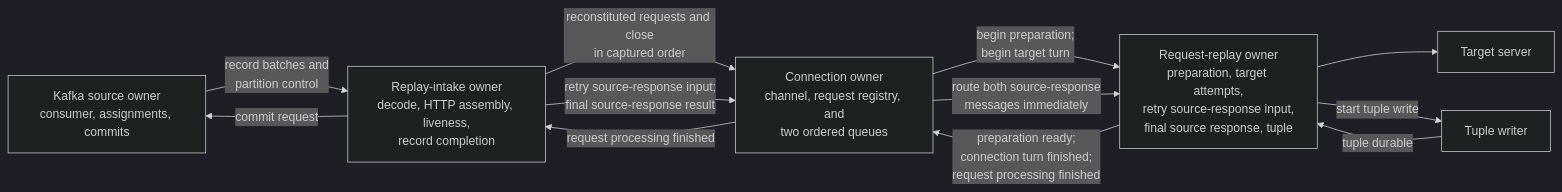
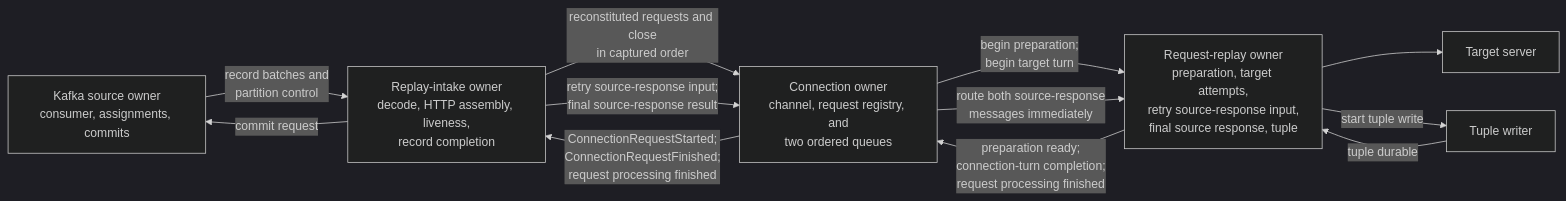
One commit to opensearch-project/opensearch-migrations changed the first of 4 diagrams in docs/replayerProcessingAndCommitArchitecture.md. Above: the diagram before and after it, drawn with Mermaid (dark theme). The commit also changed other lines of this file and 3 other files, not shown here.

````diff
--- a/docs/replayerProcessingAndCommitArchitecture.md
+++ b/docs/replayerProcessingAndCommitArchitecture.md
@@ -93,21 +93,21 @@
 ```mermaid
 flowchart LR
     Kafka["Kafka source owner<br/>consumer, assignments, commits"]
     Intake["Replay-intake owner<br/>decode, HTTP assembly, liveness,<br/>record completion"]
     Actor["Connection owner<br/>channel, request registry, and<br/>two ordered queues"]
     Request["Request-replay owner<br/>preparation, target attempts,<br/>retry source-response input,<br/>final source response, tuple"]
     Target["Target server"]
     Tuple["Tuple writer"]
 
     Kafka -->|"record batches and<br/>partition control"| Intake
     Intake -->|"reconstituted requests and close<br/>in captured order"| Actor
     Intake -->|"retry source-response input;<br/>final source-response result"| Actor
     Actor -->|"begin preparation;<br/>begin target turn"| Request
     Actor -->|"route both source-response<br/>messages immediately"| Request
-    Request -->|"preparation ready;<br/>connection turn finished;<br/>request processing finished"| Actor
+    Request -->|"preparation ready;<br/>connection-turn completion;<br/>request processing finished"| Actor
     Request --> Target
     Request -->|"start tuple write"| Tuple
     Tuple -->|"tuple durable"| Request
-    Actor -->|"request processing finished"| Intake
+    Actor -->|"ConnectionRequestStarted;<br/>ConnectionRequestFinished;<br/>request processing finished"| Intake
     Intake -->|"commit request"| Kafka
 ```
````
